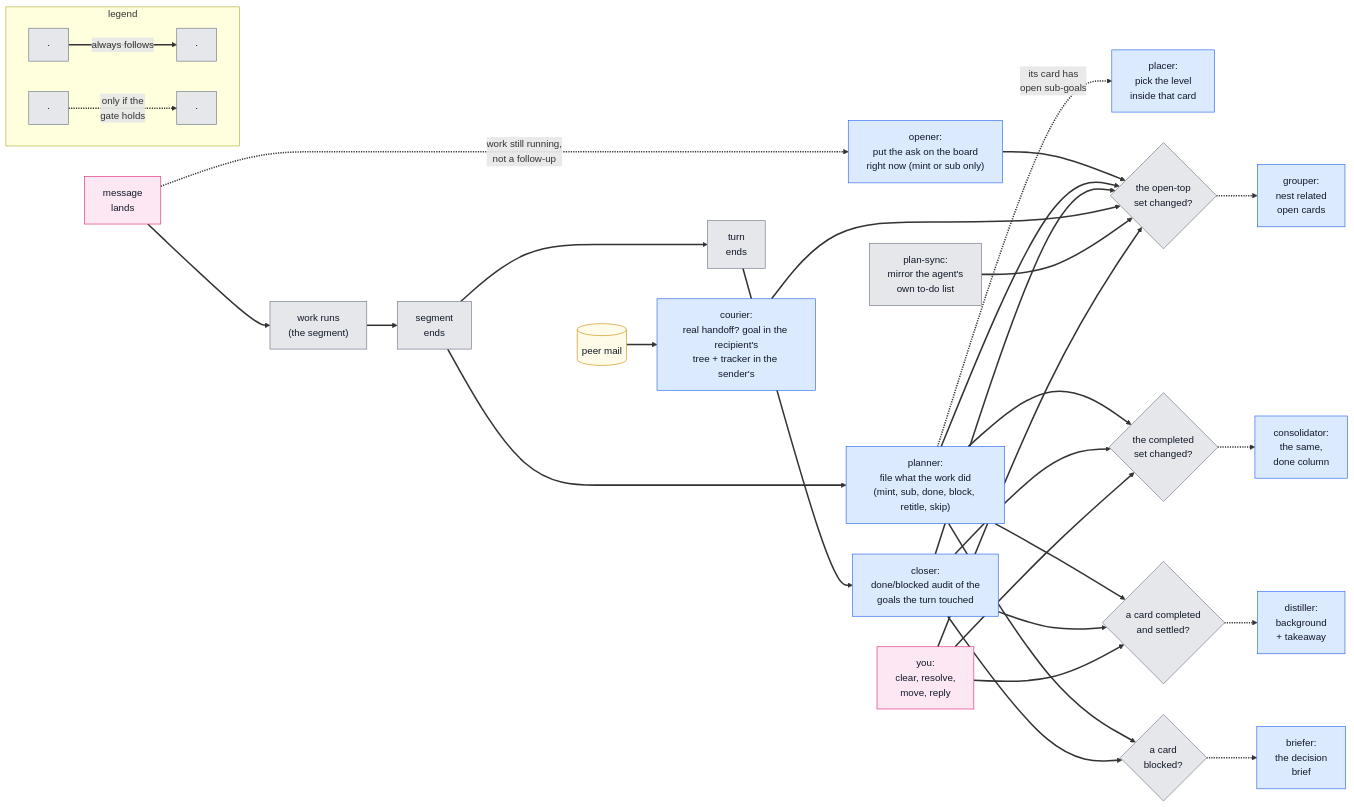
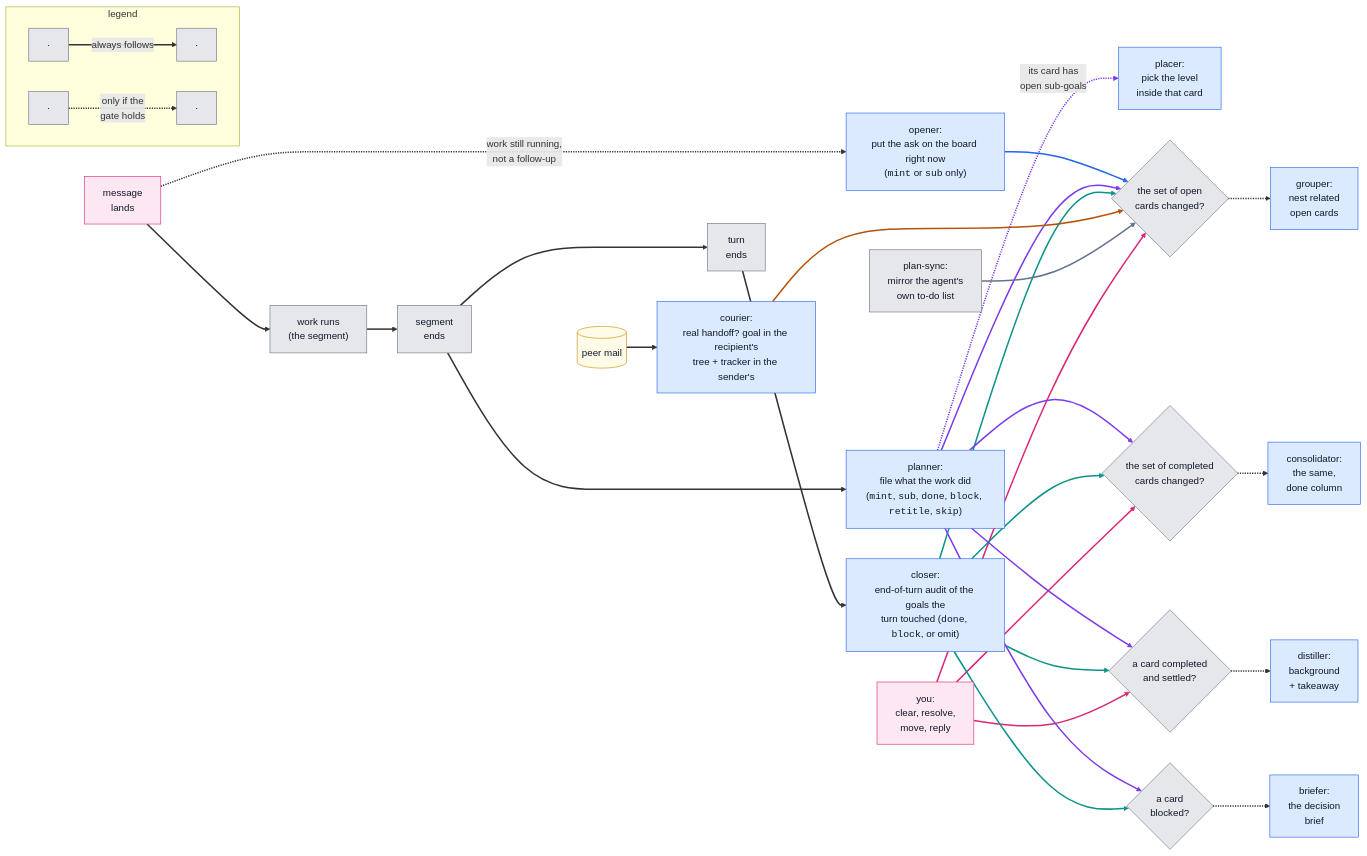
Before and after one commit to Chris-mian/romp: the third of 6 diagrams in docs/judge-pipeline.md, drawn with Mermaid. The commit also changed other lines of this file, not shown here.

First line of the commit message:
judge figure: plain gate wording, source-colored edges, monospace op tokens

````diff
--- a/docs/judge-pipeline.md
+++ b/docs/judge-pipeline.md
@@ -82,29 +82,35 @@
 ```mermaid
 flowchart LR
     M["message<br/>lands"]:::user --> W["work runs<br/>(the segment)"]:::det --> E["segment<br/>ends"]:::det --> X["turn<br/>ends"]:::det
     E ~~~ MAIL[("peer mail")]:::data --> CO["courier:<br/>real handoff? goal in the recipient's<br/>tree + tracker in the sender's"]:::llm
-    M -.->|"work still running,<br/>not a follow-up"| PP["opener:<br/>put the ask on the board<br/>right now (mint or sub only)"]:::llm
-    E --> PL["planner:<br/>file what the work did<br/>(mint, sub, done, block, retitle, skip)"]:::llm
+    M -.->|"work still running,<br/>not a follow-up"| PP["opener:<br/>put the ask on the board right now<br/>(<code>mint</code> or <code>sub</code> only)"]:::llm
+    E --> PL["planner:<br/>file what the work did<br/>(<code>mint</code>, <code>sub</code>, <code>done</code>, <code>block</code>, <code>retitle</code>, <code>skip</code>)"]:::llm
     PL -.->|"its card has<br/>open sub-goals"| PC["placer:<br/>pick the level<br/>inside that card"]:::llm
-    X --> CL["closer:<br/>done/blocked audit of the<br/>goals the turn touched"]:::llm
+    X --> CL["closer:<br/>end-of-turn audit of the goals the<br/>turn touched (<code>done</code>, <code>block</code>, or omit)"]:::llm
     X ~~~ SYNC["plan-sync:<br/>mirror the agent's<br/>own to-do list"]:::det
     CO ~~~ YOU["you:<br/>clear, resolve,<br/>move, reply"]:::user
-    PP & PL & CL & CO & SYNC & YOU --> OG{"the open-top<br/>set changed?"}:::det
+    PP & PL & CL & CO & SYNC & YOU --> OG{"the set of open<br/>cards changed?"}:::det
     OG -.-> GR["grouper:<br/>nest related<br/>open cards"]:::llm
-    PL & CL & YOU --> CG{"the completed<br/>set changed?"}:::det
+    PL & CL & YOU --> CG{"the set of completed<br/>cards changed?"}:::det
     CG -.-> CN["consolidator:<br/>the same,<br/>done column"]:::llm
     PL & CL & YOU --> DG{"a card completed<br/>and settled?"}:::det
     DG -.-> DI["distiller:<br/>background<br/>+ takeaway"]:::llm
     PL & CL --> BG{"a card<br/>blocked?"}:::det
     BG -.-> BR["briefer:<br/>the decision<br/>brief"]:::llm
     subgraph LEGEND["legend"]
         direction LR
         LS1["·"]:::det -->|"always follows"| LS2["·"]:::det
         LD1["·"]:::det -.->|"only if the<br/>gate holds"| LD2["·"]:::det
     end
     linkStyle default stroke-width:2.5px
+    linkStyle 11 stroke:#2563eb
+    linkStyle 7,12,18,22,26 stroke:#7c3aed
+    linkStyle 13,19,23,27 stroke:#0d9488
+    linkStyle 14 stroke:#b45309
+    linkStyle 15 stroke:#64748b
+    linkStyle 16,20,24 stroke:#db2777
     classDef llm fill:#dbeafe,stroke:#2563eb,color:#111827
     classDef det fill:#e5e7eb,stroke:#6b7280,color:#111827
     classDef data fill:#fefce8,stroke:#ca8a04,color:#111827
     classDef user fill:#fce7f3,stroke:#db2777,color:#111827
 ```
````
